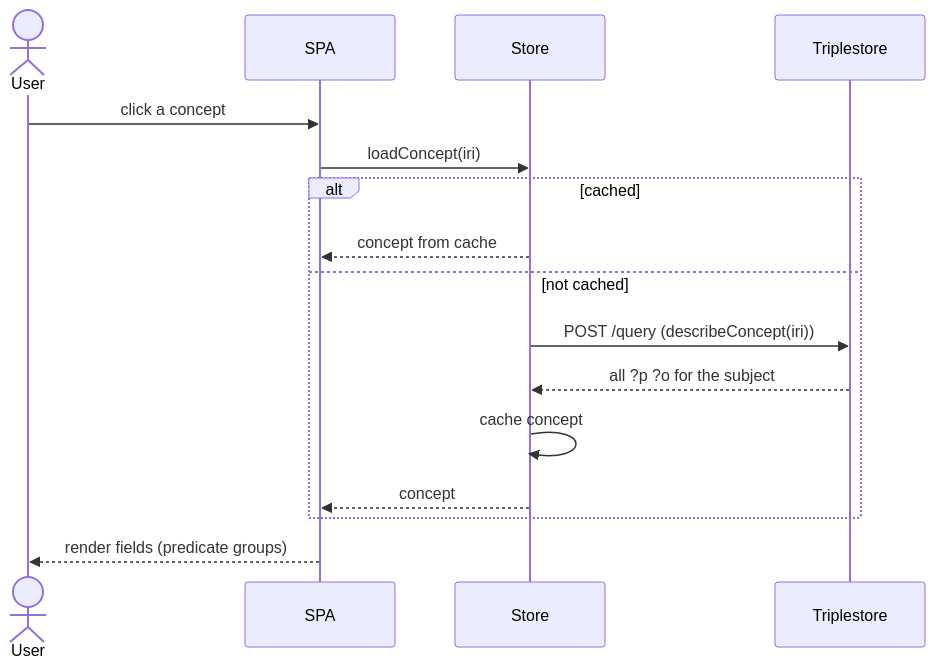
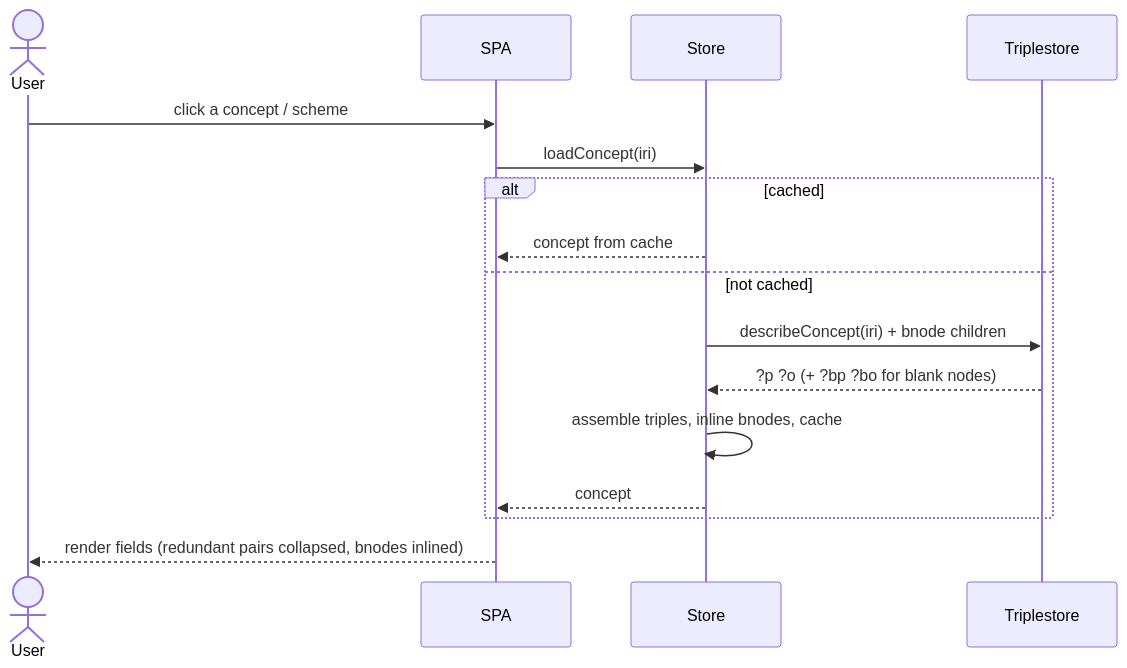
Before and after one commit to ogcincubator/bblocks-seadots: the third of 11 diagrams in app/docs/data-exchange.md, drawn with Mermaid. The commit also changed other lines of this file and 9 other files, not shown here.

````diff
--- a/app/docs/data-exchange.md
+++ b/app/docs/data-exchange.md
@@ -60,19 +110,19 @@
 ```mermaid
 sequenceDiagram
     actor User
     participant SPA
     participant Store
     participant Triplestore
 
-    User->>SPA: click a concept
+    User->>SPA: click a concept / scheme
     SPA->>Store: loadConcept(iri)
     alt cached
         Store-->>SPA: concept from cache
     else not cached
-        Store->>Triplestore: POST /query (describeConcept(iri))
-        Triplestore-->>Store: all ?p ?o for the subject
-        Store->>Store: cache concept
+        Store->>Triplestore: describeConcept(iri) + bnode children
+        Triplestore-->>Store: ?p ?o (+ ?bp ?bo for blank nodes)
+        Store->>Store: assemble triples, inline bnodes, cache
         Store-->>SPA: concept
     end
-    SPA-->>User: render fields (predicate groups)
+    SPA-->>User: render fields (redundant pairs collapsed, bnodes inlined)
 ```
````
